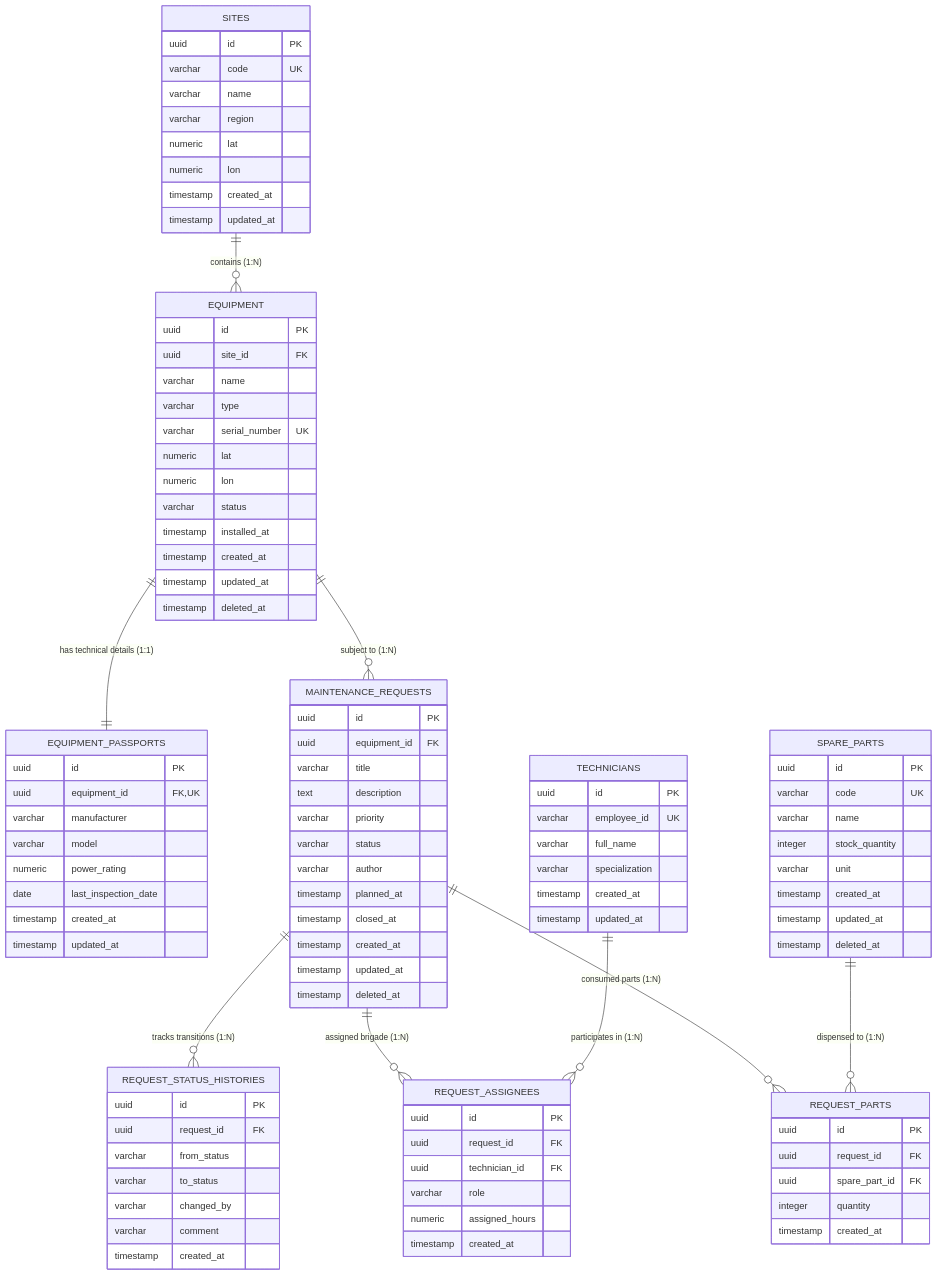
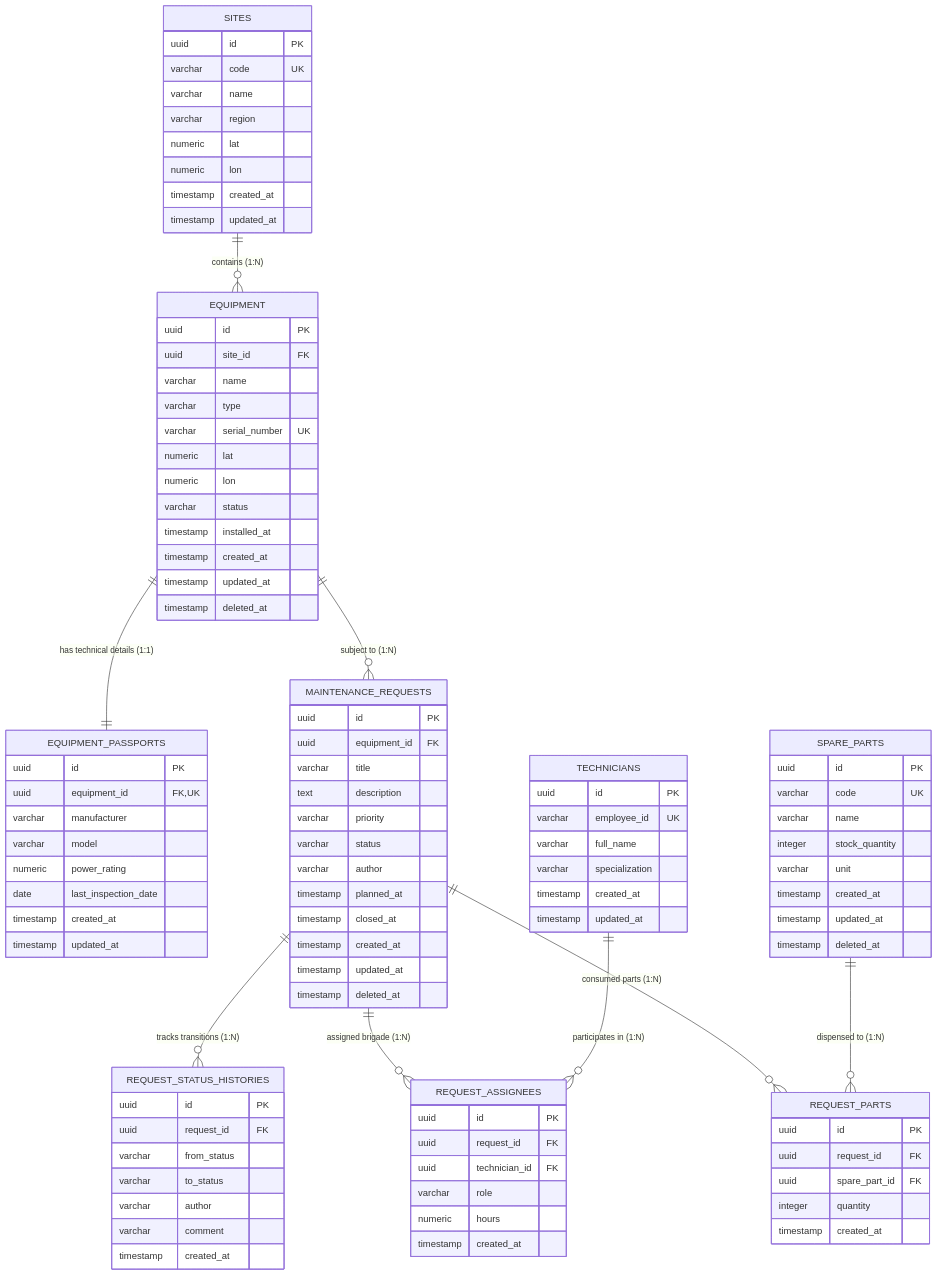
The diagram in README.md (Gwilides/caselab-js-case-2-equipment-maintenance-service), drawn with Mermaid before and after one commit. The commit also changed 1 other file, not shown here.

Commit message:
docs: add db:migrate:status script alias and align Mermaid ER column names

```diff
--- a/README.md
+++ b/README.md
@@ -243,7 +243,7 @@
         uuid request_id FK
         varchar from_status
         varchar to_status
-        varchar changed_by
+        varchar author
         varchar comment
         timestamp created_at
     }
@@ -253,9 +253,10 @@
         uuid request_id FK
         uuid technician_id FK
         varchar role
-        numeric assigned_hours
+        numeric hours
         timestamp created_at
     }
+
 
     SPARE_PARTS {
         uuid id PK
```
